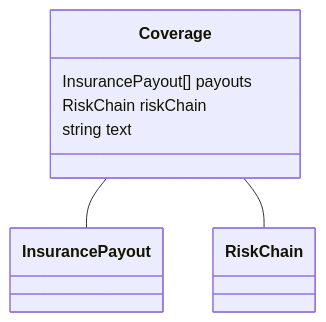
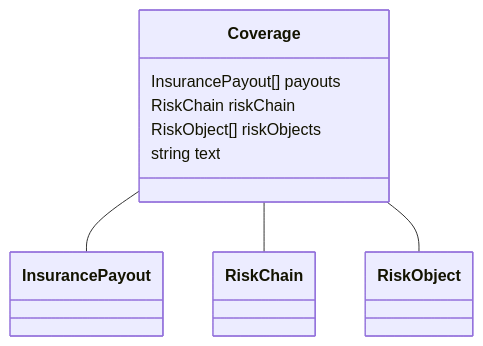
Before and after one commit to codexstanford/Insurance-Payout-Ontology: the diagram in datamodel-build/mermaid/Coverage.mmd, drawn with Mermaid. The commit also changed 3695 other files, not shown here.

Commit message:
simpliofying model temporarly, moving schema description to another folder

```diff
--- a/datamodel-build/mermaid/Coverage.mmd
+++ b/datamodel-build/mermaid/Coverage.mmd
@@ -1,12 +1,14 @@
 classDiagram
   Coverage -- InsurancePayout
   Coverage -- RiskChain
+  Coverage -- RiskObject
 
 
 class Coverage {
 
   InsurancePayout[] payouts
   RiskChain riskChain
+  RiskObject[] riskObjects
   string text
 
  }
```
